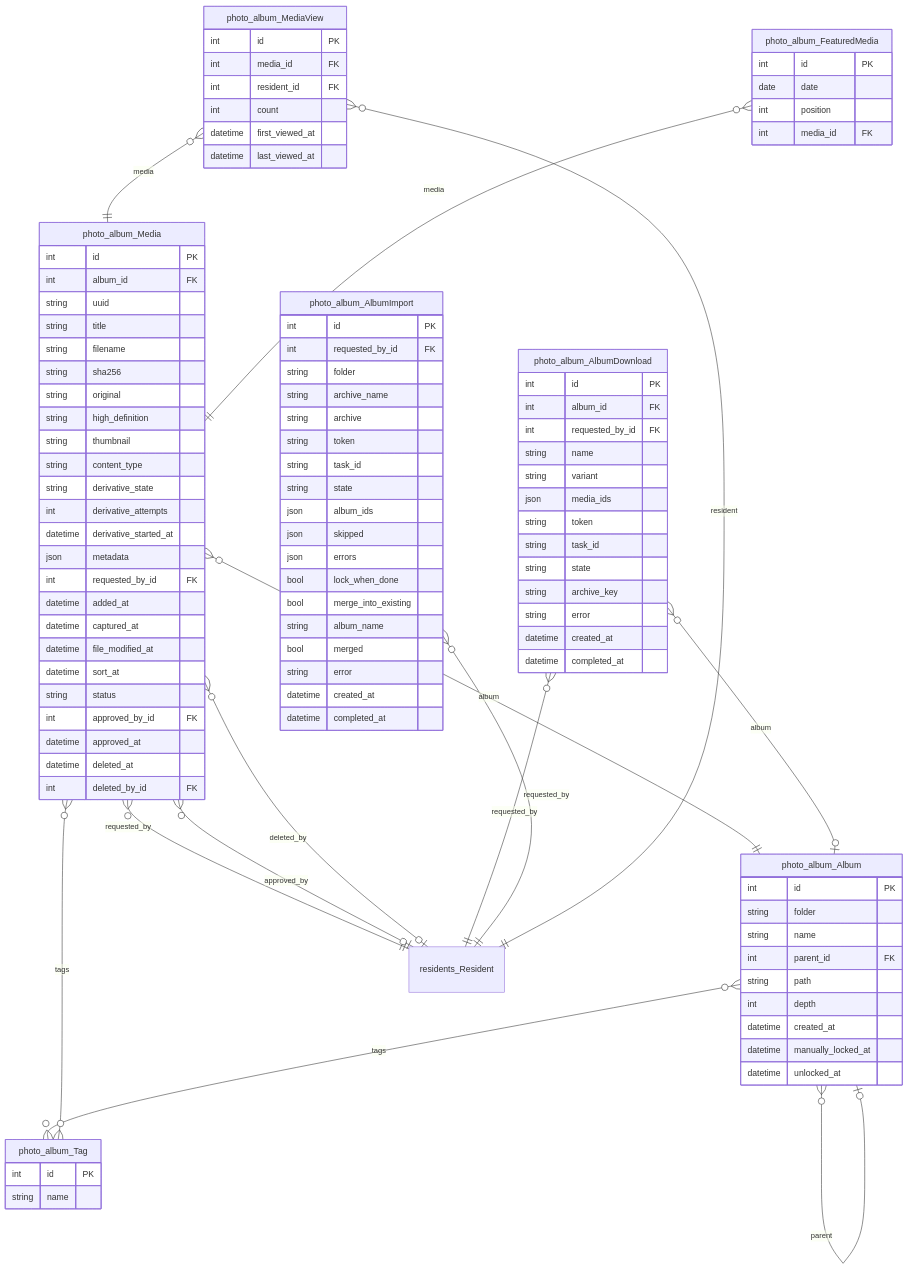
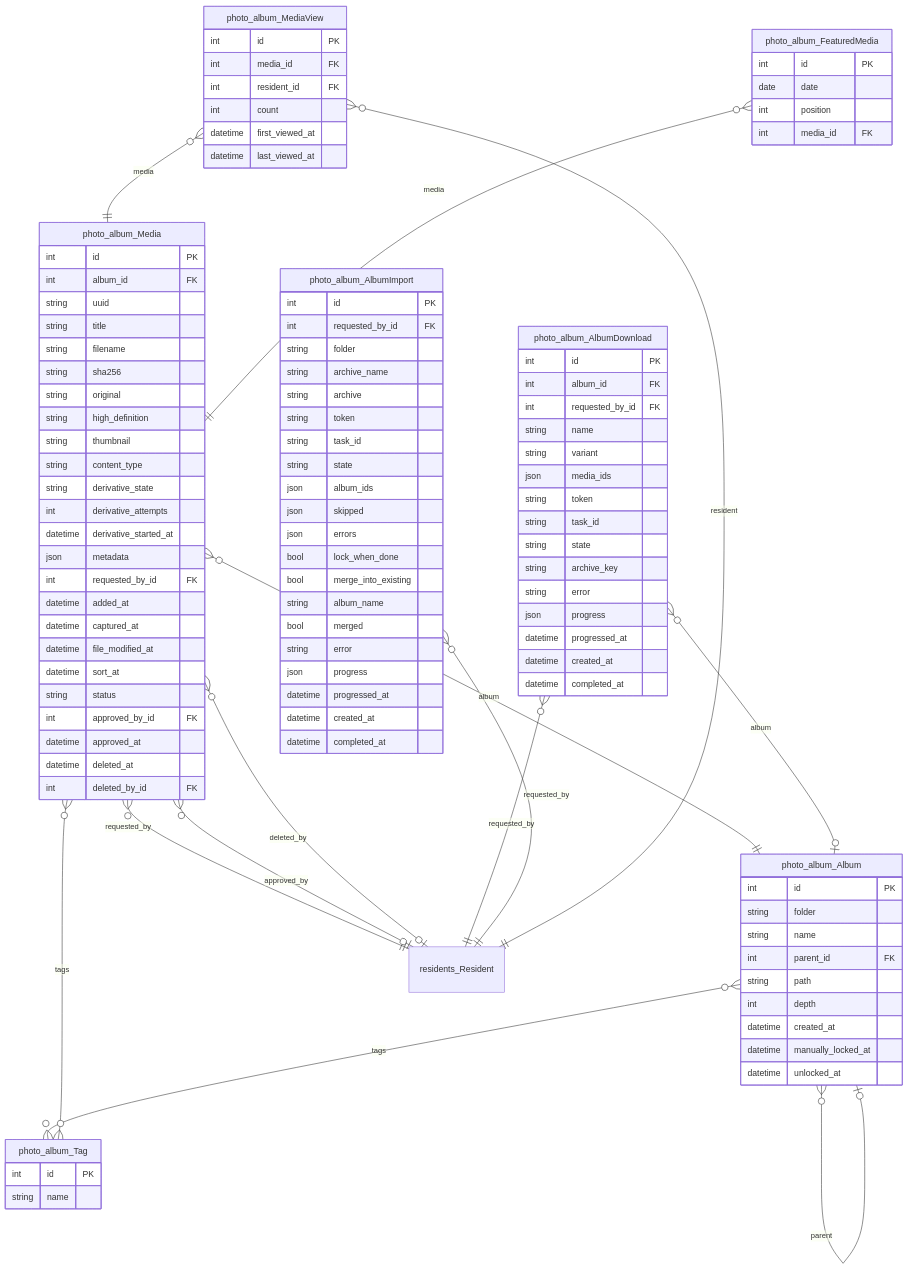
One commit to GAHK-org/gahk_intern changed diagram 11 of 15 in docs/erd.md. Above: the diagram before and after it, drawn with Mermaid. The commit also changed other lines of this file and 14 other files, not shown here.

```diff
--- a/docs/erd.md
+++ b/docs/erd.md
@@ -1323,6 +1327,8 @@
         string state
         string archive_key
         string error
+        json progress
+        datetime progressed_at
         datetime created_at
         datetime completed_at
     }
@@ -1344,6 +1350,8 @@
         string album_name
         bool merged
         string error
+        json progress
+        datetime progressed_at
         datetime created_at
         datetime completed_at
     }
```
